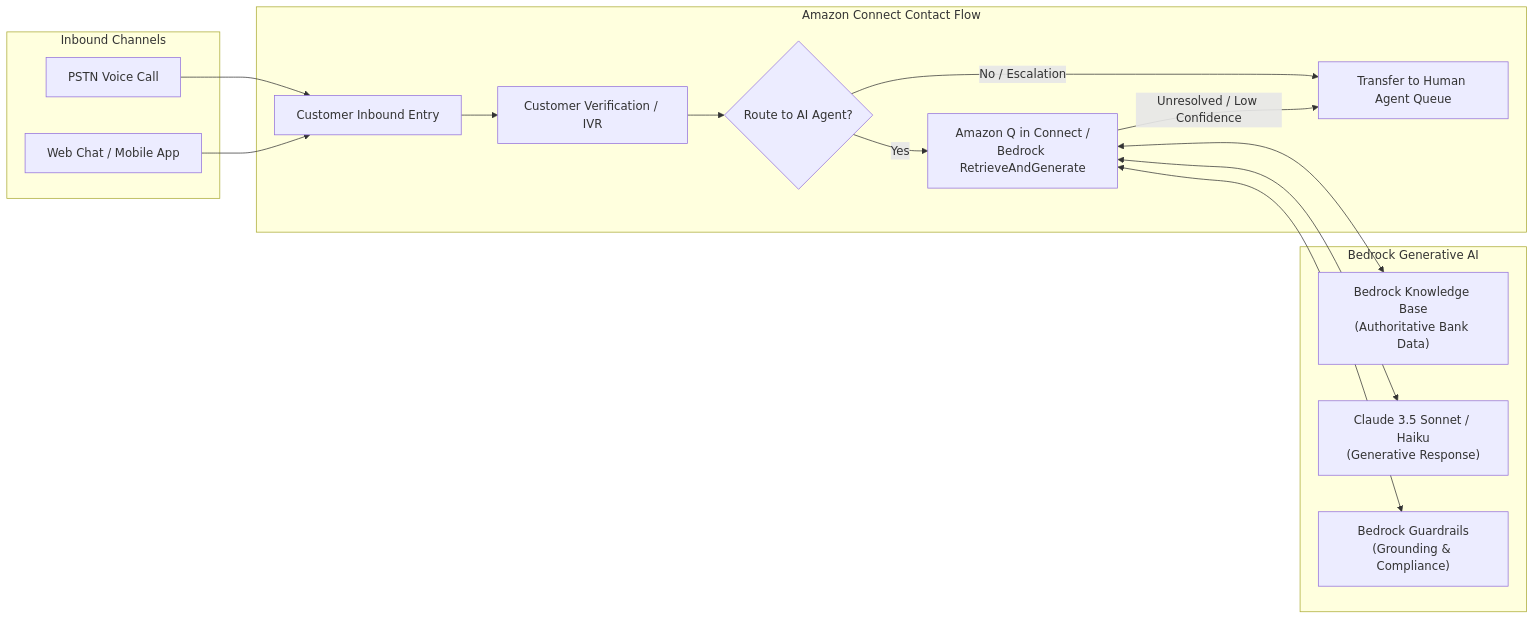
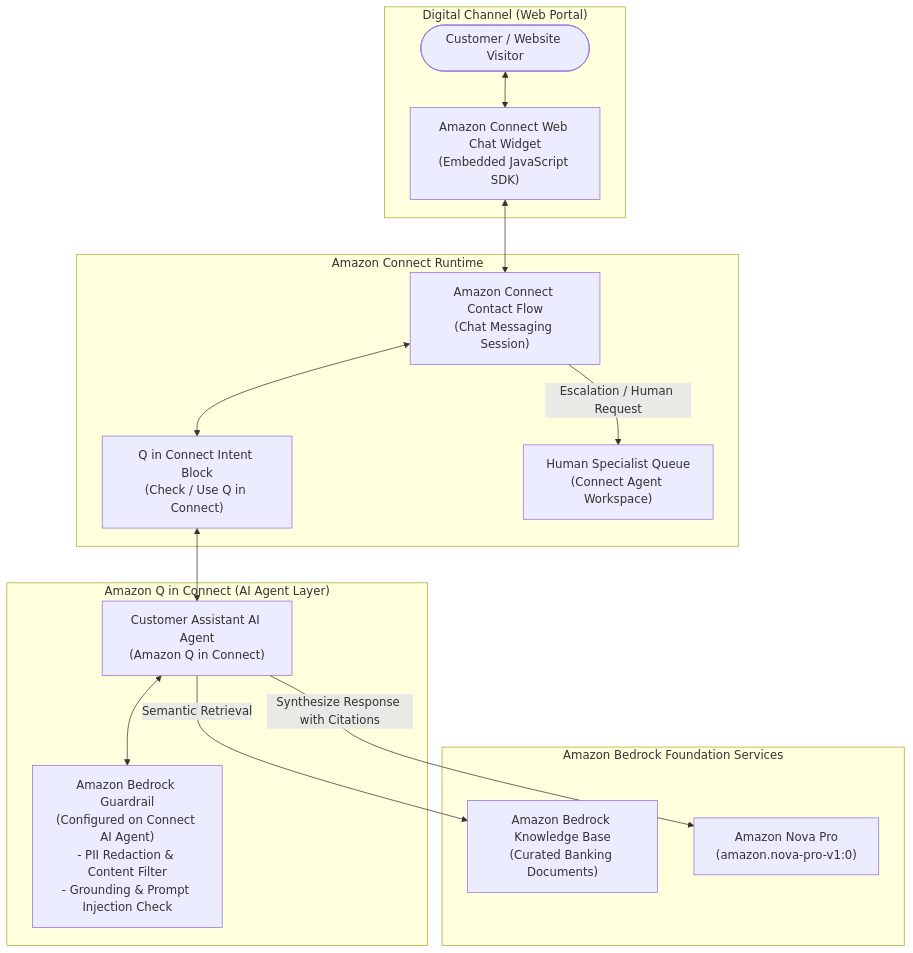
Before and after one commit to rahul77x/custom-web-crawler-bedrock: the third of 3 diagrams in LLD_DOCUMENT.md, drawn with Mermaid. The commit also changed other lines of this file and 4 other files, not shown here.

Commit message:
docs: update LLD to v2.1 (text-based web chatbot, Amazon Q in Connect intent, Amazon Nova Pro, Connect-side guardrails, remove voice)

````diff
--- a/LLD_DOCUMENT.md
+++ b/LLD_DOCUMENT.md
@@ -448,27 +451,22 @@
 ```mermaid
-flowchart LR
-    subgraph CHANNELS["Inbound Channels"]
-        VOICE["PSTN Voice Call"]
-        CHAT["Web Chat / Mobile App"]
+flowchart TD
+    subgraph WEB["Digital Channel (Web Portal)"]
+        VISITOR(["Customer / Website Visitor"]) <--> WIDGET["Amazon Connect Web Chat Widget<br/>(Embedded JavaScript SDK)"]
     end
 
-    subgraph CONNECT_CORE["Amazon Connect Contact Flow"]
-        ENTRY["Customer Inbound Entry"]
-        AUTH["Customer Verification / IVR"]
-        ROUTER{"Route to AI Agent?"}
-        AI_BLOCK["Amazon Q in Connect /<br/>Bedrock RetrieveAndGenerate"]
-        AGENT_QUEUE["Transfer to Human Agent Queue"]
+    subgraph CONNECT["Amazon Connect Runtime"]
+        WIDGET <--> FLOW["Amazon Connect Contact Flow<br/>(Chat Messaging Session)"]
+        FLOW <--> Q_BLOCK["Q in Connect Intent Block<br/>(Check / Use Q in Connect)"]
+        FLOW -- "Escalation / Human Request" --> AGENT_QUEUE["Human Specialist Queue<br/>(Connect Agent Workspace)"]
     end
 
-    subgraph BEDROCK_RAG["Bedrock Generative AI"]
-        KB["Bedrock Knowledge Base<br/>(Authoritative Bank Data)"]
-        FM["Claude 3.5 Sonnet / Haiku<br/>(Generative Response)"]
-        GUARD["Bedrock Guardrails<br/>(Grounding & Compliance)"]
+    subgraph Q_AGENT["Amazon Q in Connect (AI Agent Layer)"]
+        Q_BLOCK <--> AI_AGENT["Customer Assistant AI Agent<br/>(Amazon Q in Connect)"]
+        AI_AGENT <--> GUARD["Amazon Bedrock Guardrail<br/>(Configured on Connect AI Agent)<br/>- PII Redaction & Content Filter<br/>- Grounding & Prompt Injection Check"]
     end
 
-    VOICE & CHAT --> ENTRY --> AUTH --> ROUTER
-    ROUTER -- Yes --> AI_BLOCK
-    ROUTER -- No / Escalation --> AGENT_QUEUE
-    AI_BLOCK <--> KB & FM & GUARD
-    AI_BLOCK -- Unresolved / Low Confidence --> AGENT_QUEUE
+    subgraph BEDROCK_AI["Amazon Bedrock Foundation Services"]
+        AI_AGENT -- "Semantic Retrieval" --> KB["Amazon Bedrock Knowledge Base<br/>(Curated Banking Documents)"]
+        AI_AGENT -- "Synthesize Response with Citations" --> NOVA["Amazon Nova Pro<br/>(amazon.nova-pro-v1:0)"]
+    end
 ```
````
